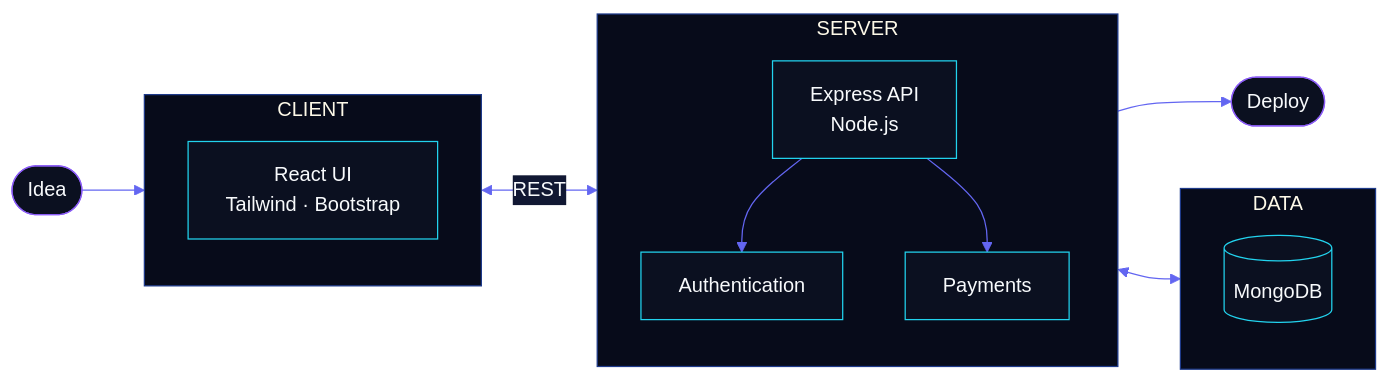
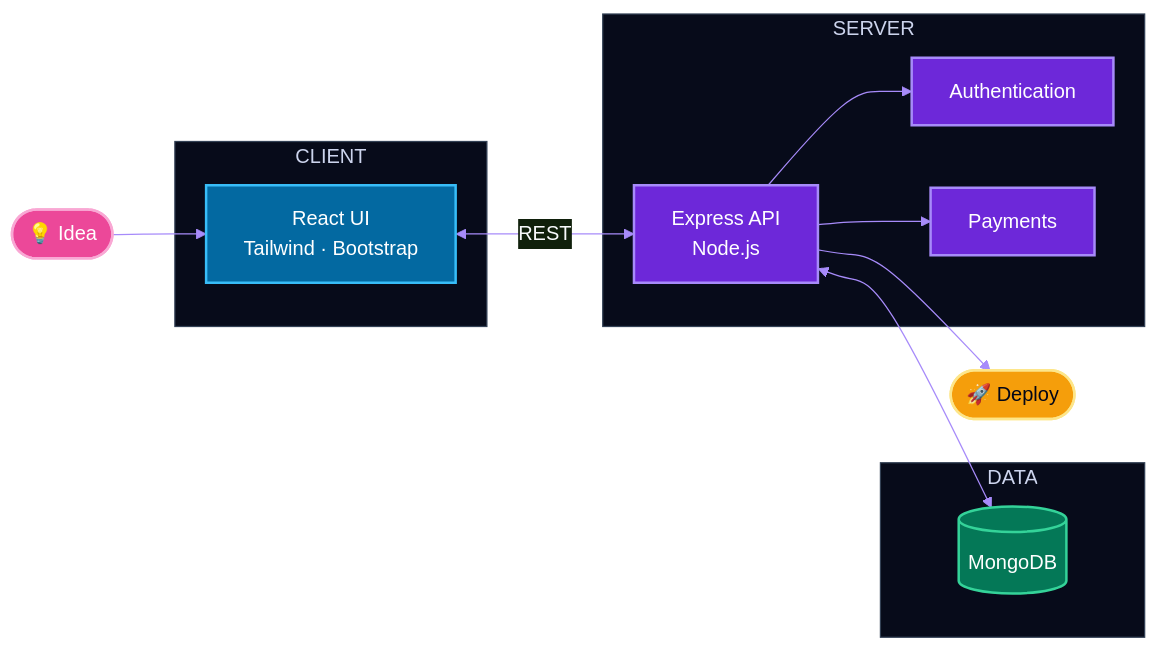
The first of 2 diagrams in README.md (siddshukla/siddshukla), drawn with Mermaid before and after one commit. The commit also changed other lines of this file, not shown here.

````diff
--- a/README.md
+++ b/README.md
@@ -195,26 +200,28 @@
 ```mermaid
-%%{init: {'theme':'base','themeVariables':{'primaryColor':'#0B1020','primaryTextColor':'#F8FAFC','primaryBorderColor':'#22D3EE','secondaryColor':'#111833','tertiaryColor':'#020617','lineColor':'#6366F1','clusterBkg':'#070B1A','clusterBorder':'#1E3A8A','fontFamily':'Segoe UI, Inter, sans-serif'}}}%%
+%%{init: {'theme':'base','themeVariables':{'primaryColor':'#0B1020','primaryTextColor':'#F8FAFC','primaryBorderColor':'#22D3EE','lineColor':'#A78BFA','clusterBkg':'#070B1A','clusterBorder':'#334155','fontFamily':'Segoe UI, Inter, sans-serif'}}}%%
 flowchart LR
+  IDEA(["💡 Idea"]):::idea
   subgraph CLIENT["CLIENT"]
-    direction TB
-    UI["React UI<br/>Tailwind · Bootstrap"]
+    UI["React UI<br/>Tailwind · Bootstrap"]:::ui
   end
   subgraph SERVER["SERVER"]
-    direction TB
-    API["Express API<br/>Node.js"]
-    AUTH["Authentication"]
-    PAY["Payments"]
+    API["Express API<br/>Node.js"]:::api
+    AUTH["Authentication"]:::api
+    PAY["Payments"]:::api
   end
   subgraph DATA["DATA"]
-    direction TB
-    DB[("MongoDB")]
+    DB[("MongoDB")]:::db
   end
-  IDEA(["Idea"]) --> UI
+  SHIP(["🚀 Deploy"]):::ship
+  IDEA --> UI
   UI <-->|"REST"| API
   API --> AUTH
   API --> PAY
   API <--> DB
-  API --> DEPLOY(["Deploy"])
-  classDef accent fill:#0B1020,stroke:#8B5CF6,color:#F8FAFC;
-  class IDEA,DEPLOY accent;
+  API --> SHIP
+  classDef idea fill:#EC4899,stroke:#F9A8D4,color:#fff,stroke-width:2px;
+  classDef ui fill:#0369A1,stroke:#38BDF8,color:#fff,stroke-width:2px;
+  classDef api fill:#6D28D9,stroke:#A78BFA,color:#fff,stroke-width:2px;
+  classDef db fill:#047857,stroke:#34D399,color:#fff,stroke-width:2px;
+  classDef ship fill:#F59E0B,stroke:#FDE68A,color:#020617,stroke-width:2px;
 ```
````
